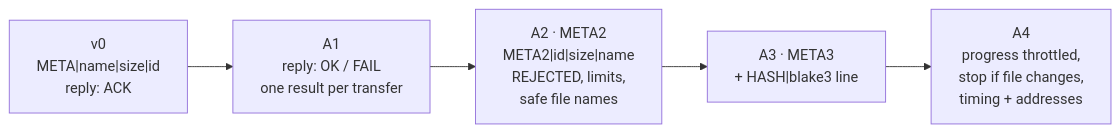
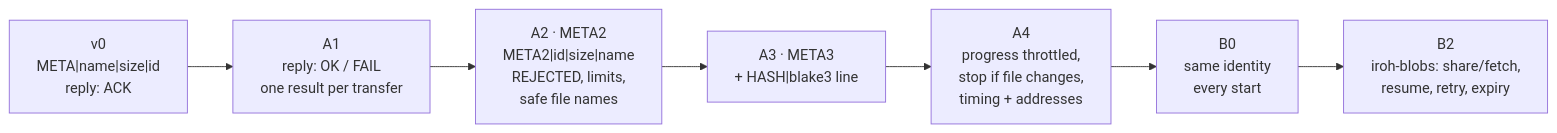
The fifth of 5 diagrams in docs/peer-app-protocol.md (shobhit157/Aperture), drawn with Mermaid before and after one commit. The commit also changed other lines of this file, not shown here.

````diff
--- a/docs/peer-app-protocol.md
+++ b/docs/peer-app-protocol.md
@@ -154,4 +260,4 @@
 ```mermaid
 flowchart LR
-  V0["v0<br/>META|name|size|id<br/>reply: ACK"] --> A1["A1<br/>reply: OK / FAIL<br/>one result per transfer"] --> A2["A2 · META2<br/>META2|id|size|name<br/>REJECTED, limits,<br/>safe file names"] --> A3["A3 · META3<br/>+ HASH|blake3 line"] --> A4["A4<br/>progress throttled,<br/>stop if file changes,<br/>timing + addresses"]
+  V0["v0<br/>META|name|size|id<br/>reply: ACK"] --> A1["A1<br/>reply: OK / FAIL<br/>one result per transfer"] --> A2["A2 · META2<br/>META2|id|size|name<br/>REJECTED, limits,<br/>safe file names"] --> A3["A3 · META3<br/>+ HASH|blake3 line"] --> A4["A4<br/>progress throttled,<br/>stop if file changes,<br/>timing + addresses"] --> B0["B0<br/>same identity<br/>every start"] --> B2["B2<br/>iroh-blobs: share/fetch,<br/>resume, retry, expiry"]
 ```
````
